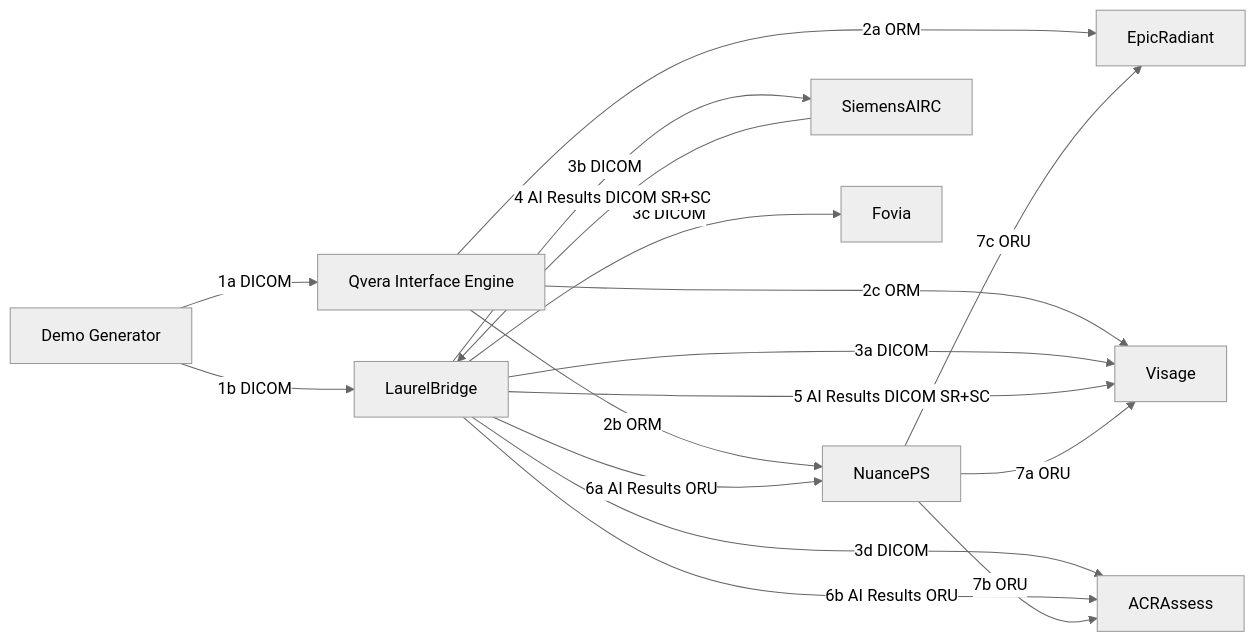
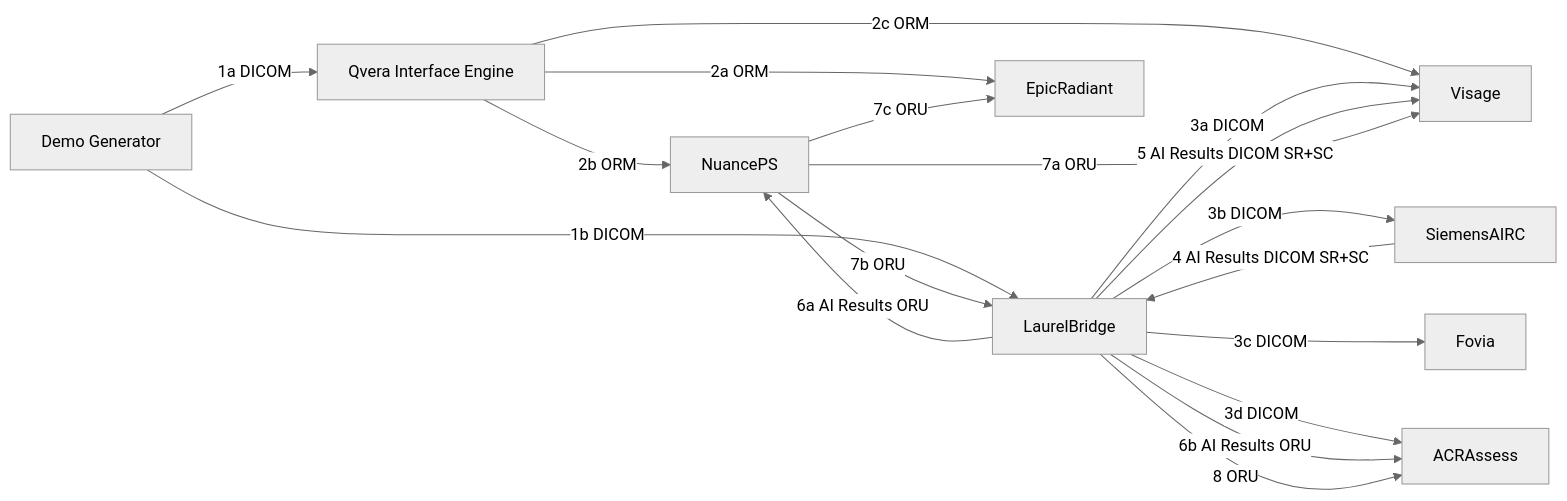
The diagram in quimby/diagram-brain-scan1.md (mohannadhussain/rsna-2024-rr-demo), drawn with Mermaid (neutral theme) before and after one commit.

Commit message:
Update diagram-brain-scan1.md
Passing Nuance data through Laurel Bridge to ACR

````diff
--- a/quimby/diagram-brain-scan1.md
+++ b/quimby/diagram-brain-scan1.md
@@ -4,25 +4,27 @@
 ```mermaid
 flowchart LR
     Generator[Demo Generator] --> |1a DICOM| QveraIE[Qvera Interface Engine]
     Generator --> |1b DICOM| LaurelBridge
 
     QveraIE --> |2a ORM| EpicRadiant
     QveraIE --> |2b ORM| NuancePS
     QveraIE --> |2c ORM| Visage
 
     LaurelBridge --> |3a DICOM| Visage
     LaurelBridge --> |3b DICOM| SiemensAIRC
     LaurelBridge --> |3c DICOM| Fovia
     LaurelBridge --> |3d DICOM| ACRAssess
     
     SiemensAIRC --> |4 AI Results DICOM SR+SC| LaurelBridge
     
     LaurelBridge --> |5 AI Results DICOM SR+SC| Visage
     
     LaurelBridge --> |6a AI Results ORU| NuancePS
     LaurelBridge --> |6b AI Results ORU| ACRAssess
 
     NuancePS --> |7a ORU| Visage
-    NuancePS --> |7b ORU| ACRAssess
+    NuancePS --> |7b ORU| LaurelBridge
     NuancePS --> |7c ORU| EpicRadiant
+
+    LaurelBridge --> |8 ORU| ACRAssess
 ```
````
